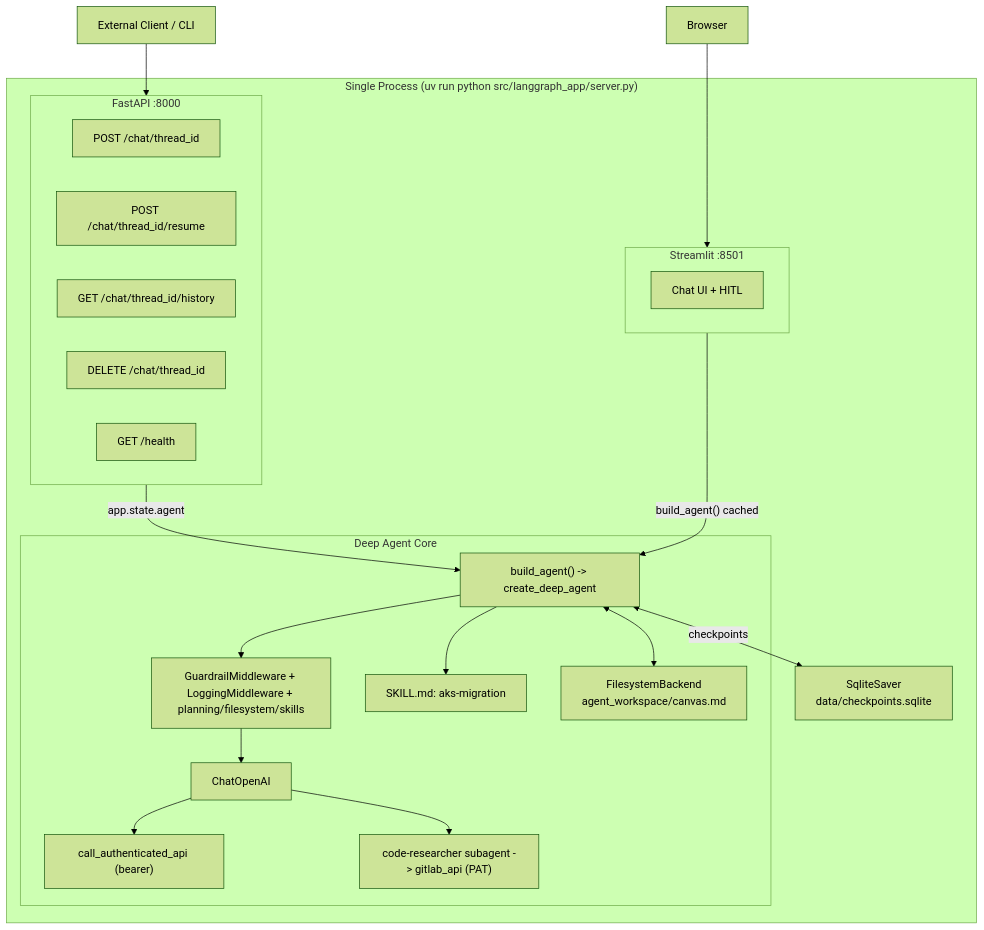
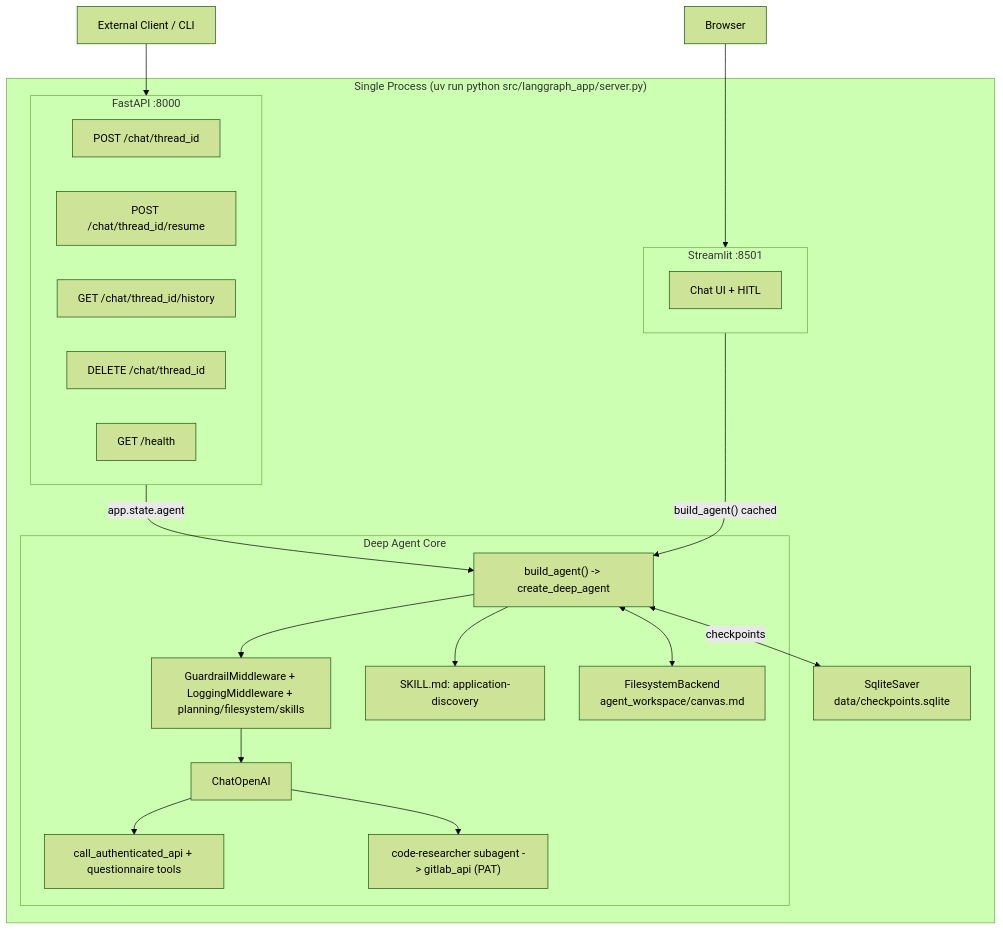
The diagram in README.md (shivank22/LangGraphBoilerPlate), drawn with Mermaid (forest theme) before and after one commit. The commit also changed other lines of this file and 32 other files, not shown here.

Commit message:
Implemented - Discovery Skill

````diff
--- a/README.md
+++ b/README.md
@@ -54,34 +54,34 @@
 ```mermaid
 flowchart TD
     subgraph monolith ["Single Process  (uv run python src/langgraph_app/server.py)"]
         subgraph fastapiBlock ["FastAPI  :8000"]
             R1["POST /chat/thread_id"]
             R2["POST /chat/thread_id/resume"]
             R3["GET /chat/thread_id/history"]
             R4["DELETE /chat/thread_id"]
             R5["GET /health"]
         end
         subgraph streamlitBlock ["Streamlit  :8501"]
             UI["Chat UI + HITL"]
         end
         subgraph coreBlock ["Deep Agent Core"]
             AG["build_agent() -> create_deep_agent"]
             MW["GuardrailMiddleware + LoggingMiddleware + planning/filesystem/skills"]
             Model["ChatOpenAI"]
-            Skill["SKILL.md: aks-migration"]
-            Tools["call_authenticated_api (bearer)"]
+            Skill["SKILL.md: application-discovery"]
+            Tools["call_authenticated_api + questionnaire tools"]
             Sub["code-researcher subagent -> gitlab_api (PAT)"]
             FS["FilesystemBackend\nagent_workspace/canvas.md"]
         end
         fastapiBlock -->|"app.state.agent"| AG
         streamlitBlock -->|"build_agent() cached"| AG
         AG --> MW --> Model
         Model --> Tools
         Model --> Sub
         AG --> Skill
         AG <--> FS
         AG <-->|checkpoints| CP["SqliteSaver\ndata/checkpoints.sqlite"]
     end
     Browser["Browser"] --> streamlitBlock
     ExtClient["External Client / CLI"] --> fastapiBlock
 ```
````
